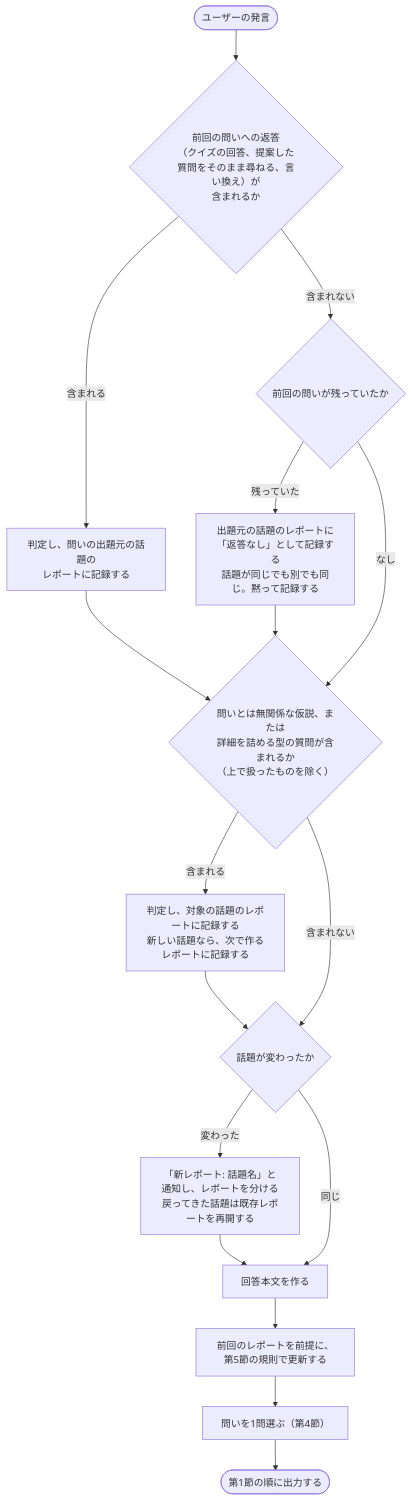
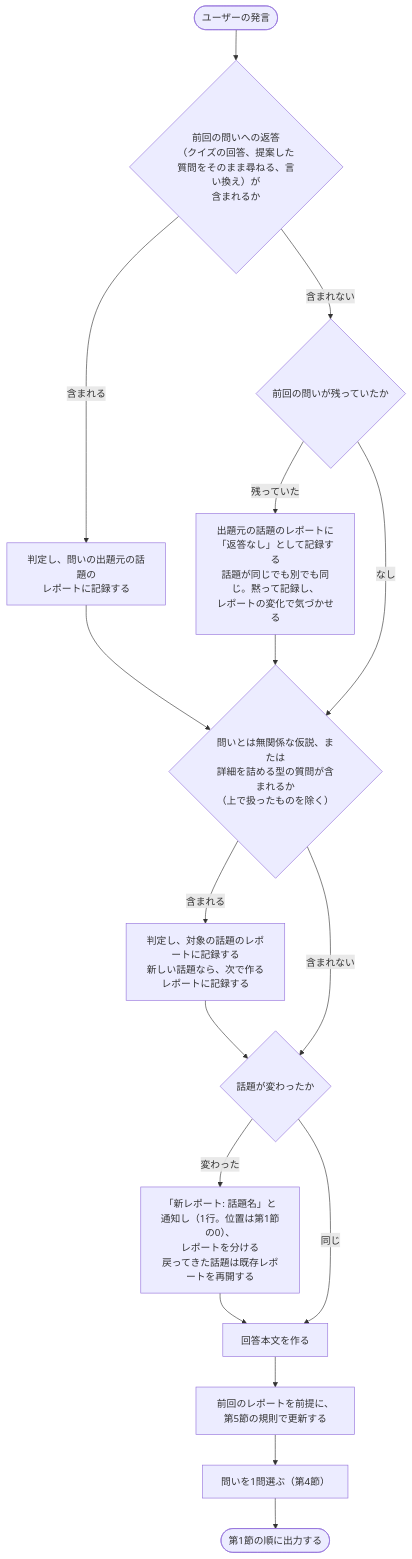
Before and after one commit to kokuto821/rikai: the first of 3 diagrams in skills/rikai/SKILL.md, drawn with Mermaid. The commit also changed other lines of this file, not shown here.

First line of the commit message:
#4 docs: 図と補足の食い違いを防ぐためSKILL.mdのフローチャートを整合させる

````diff
--- a/skills/rikai/SKILL.md
+++ b/skills/rikai/SKILL.md
@@ -35,21 +37,21 @@
 ```mermaid
 flowchart TD
     Start(["ユーザーの発言"]) --> HasAnswer{"前回の問いへの返答<br/>（クイズの回答、提案した質問をそのまま尋ねる、言い換え）が<br/>含まれるか"}
     HasAnswer -- "含まれる" --> JudgeAnswer["判定し、問いの出題元の話題の<br/>レポートに記録する"]
     HasAnswer -- "含まれない" --> Pending{"前回の問いが残っていたか"}
-    Pending -- "残っていた" --> NoReply["出題元の話題のレポートに<br/>「返答なし」として記録する<br/>話題が同じでも別でも同じ。黙って記録する"]
+    Pending -- "残っていた" --> NoReply["出題元の話題のレポートに<br/>「返答なし」として記録する<br/>話題が同じでも別でも同じ。黙って記録し、<br/>レポートの変化で気づかせる"]
     Pending -- "なし" --> HasFree
     JudgeAnswer --> HasFree
     NoReply --> HasFree
     HasFree{"問いとは無関係な仮説、または<br/>詳細を詰める型の質問が含まれるか<br/>（上で扱ったものを除く）"}
     HasFree -- "含まれる" --> JudgeFree["判定し、対象の話題のレポートに記録する<br/>新しい話題なら、次で作るレポートに記録する"]
     HasFree -- "含まれない" --> Topic
     JudgeFree --> Topic
     Topic{"話題が変わったか"}
-    Topic -- "変わった" --> Split["「新レポート: 話題名」と通知し、レポートを分ける<br/>戻ってきた話題は既存レポートを再開する"]
+    Topic -- "変わった" --> Split["「新レポート: 話題名」と通知し（1行。位置は第1節の0）、<br/>レポートを分ける<br/>戻ってきた話題は既存レポートを再開する"]
     Topic -- "同じ" --> Body
     Split --> Body
     Body["回答本文を作る"] --> Report["前回のレポートを前提に、第5節の規則で更新する"]
     Report --> Pick["問いを1問選ぶ（第4節）"]
     Pick --> Out(["第1節の順に出力する"])
 ```
````
